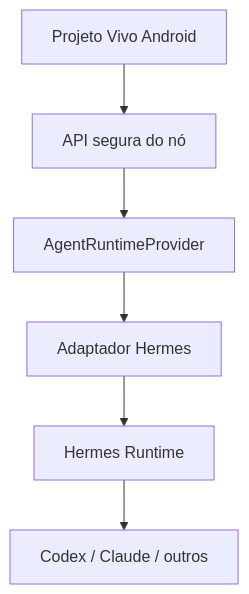
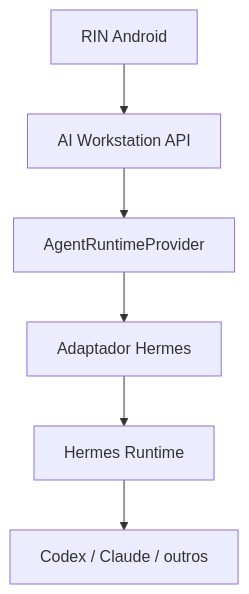
The diagram in docs/11-trilha-hermes.md (playertwo1/aiworkstation), drawn with Mermaid before and after one commit. The commit also changed other lines of this file, not shown here.

Commit message:
docs: alinhar trilha Hermes ao RIN e plataforma

````diff
--- a/docs/11-trilha-hermes.md
+++ b/docs/11-trilha-hermes.md
@@ -11,8 +11,8 @@
 ```mermaid
 flowchart TD
-    A["Projeto Vivo Android"] --> B["API segura do nó"]
+    A["RIN Android"] --> B["AI Workstation API"]
     B --> C["AgentRuntimeProvider"]
     C --> D["Adaptador Hermes"]
     D --> E["Hermes Runtime"]
     E --> F["Codex / Claude / outros"]
 ```
````
